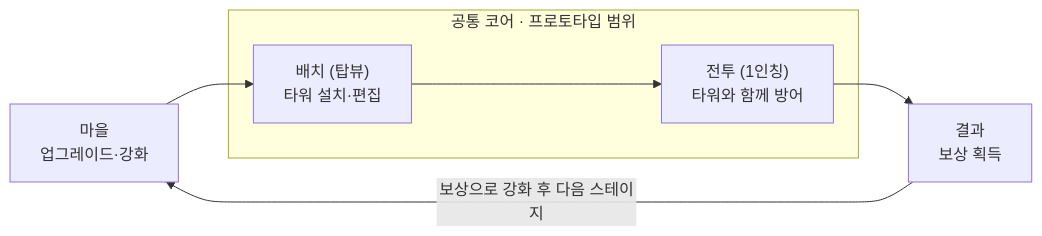
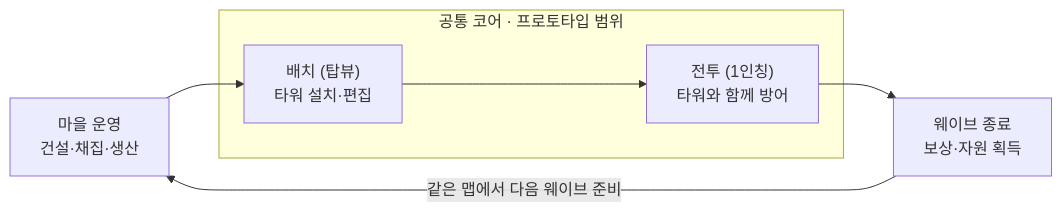
One commit to Chosangyeol/3D-Tower-Defense-Demo changed the diagram in docs/GDD.md. Above: the diagram before and after it, drawn with Mermaid. The commit also changed other lines of this file, not shown here.

````diff
--- a/docs/GDD.md
+++ b/docs/GDD.md
@@ -26,9 +26,9 @@
 ```mermaid
 flowchart LR
-    V["마을<br/>업그레이드·강화"] --> P
+    V["마을 운영<br/>건설·채집·생산"] --> P
     subgraph CORE["공통 코어 · 프로토타입 범위"]
         P["배치 (탑뷰)<br/>타워 설치·편집"] --> C["전투 (1인칭)<br/>타워와 함께 방어"]
     end
-    C --> R["결과<br/>보상 획득"]
-    R -- "보상으로 강화 후 다음 스테이지" --> V
+    C --> R["웨이브 종료<br/>보상·자원 획득"]
+    R -- "같은 맵에서 다음 웨이브 준비" --> V
 ```
````
